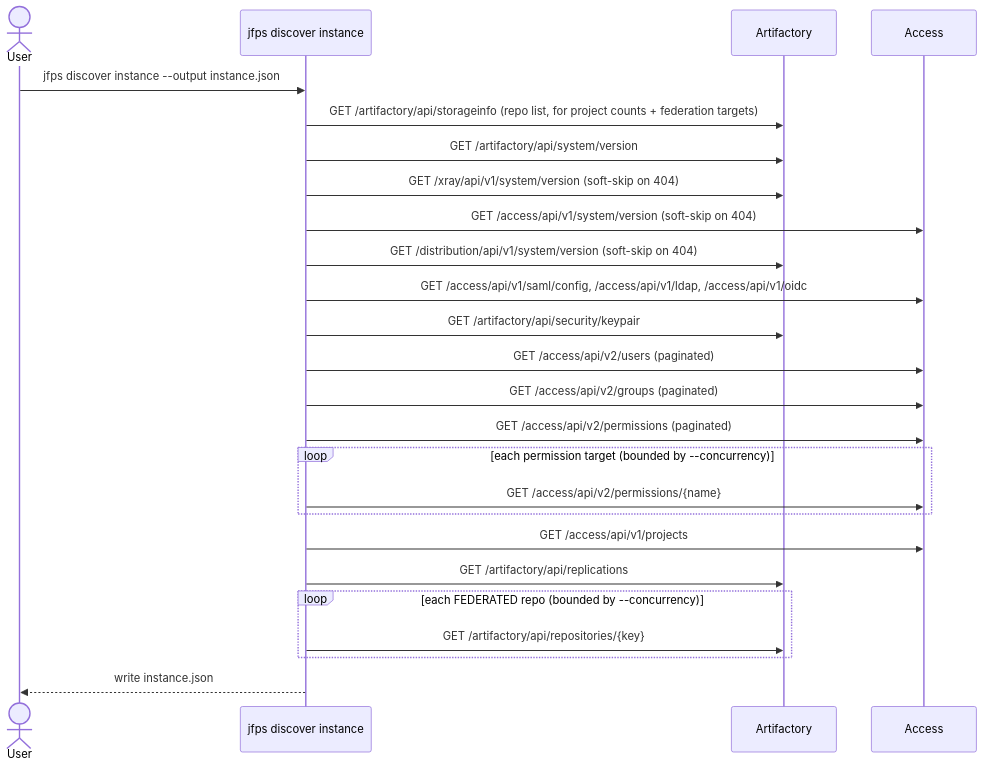
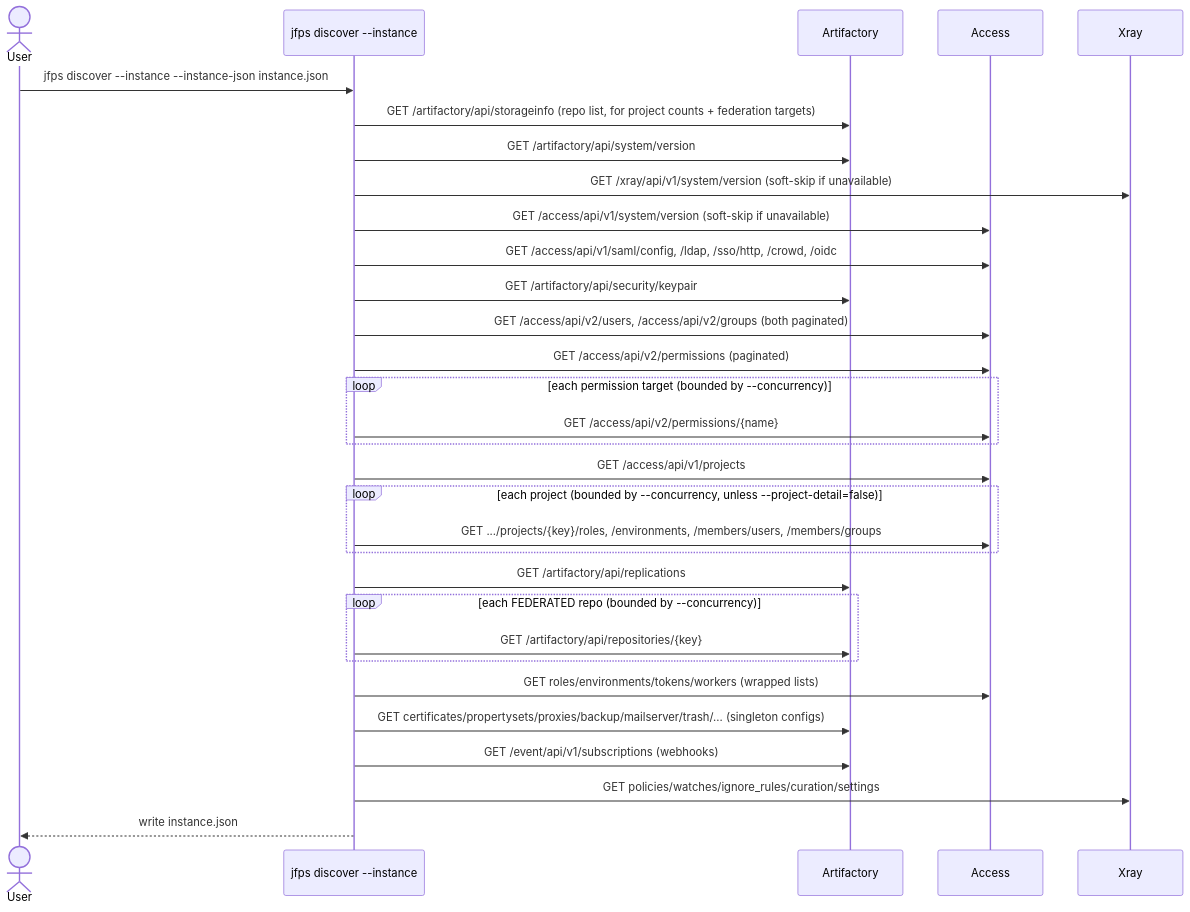
One commit to ps-jfrog/jfrog-ps-cli changed the third of 4 diagrams in docs/discover.md. Above: the diagram before and after it, drawn with Mermaid. The commit also changed other lines of this file and 28 other files, not shown here.

````diff
--- a/docs/discover.md
+++ b/docs/discover.md
@@ -127,28 +166,34 @@
 ```mermaid
 sequenceDiagram
     actor User
-    participant CLI as jfps discover instance
+    participant CLI as jfps discover --instance
     participant Art as Artifactory
     participant Acc as Access
+    participant Xr as Xray
 
-    User->>CLI: jfps discover instance --output instance.json
+    User->>CLI: jfps discover --instance --instance-json instance.json
     CLI->>Art: GET /artifactory/api/storageinfo (repo list, for project counts + federation targets)
     CLI->>Art: GET /artifactory/api/system/version
-    CLI->>Art: GET /xray/api/v1/system/version (soft-skip on 404)
-    CLI->>Acc: GET /access/api/v1/system/version (soft-skip on 404)
-    CLI->>Art: GET /distribution/api/v1/system/version (soft-skip on 404)
-    CLI->>Acc: GET /access/api/v1/saml/config, /access/api/v1/ldap, /access/api/v1/oidc
+    CLI->>Xr: GET /xray/api/v1/system/version (soft-skip if unavailable)
+    CLI->>Acc: GET /access/api/v1/system/version (soft-skip if unavailable)
+    CLI->>Acc: GET /access/api/v1/saml/config, /ldap, /sso/http, /crowd, /oidc
     CLI->>Art: GET /artifactory/api/security/keypair
-    CLI->>Acc: GET /access/api/v2/users (paginated)
-    CLI->>Acc: GET /access/api/v2/groups (paginated)
+    CLI->>Acc: GET /access/api/v2/users, /access/api/v2/groups (both paginated)
     CLI->>Acc: GET /access/api/v2/permissions (paginated)
     loop each permission target (bounded by --concurrency)
         CLI->>Acc: GET /access/api/v2/permissions/{name}
     end
     CLI->>Acc: GET /access/api/v1/projects
+    loop each project (bounded by --concurrency, unless --project-detail=false)
+        CLI->>Acc: GET .../projects/{key}/roles, /environments, /members/users, /members/groups
+    end
     CLI->>Art: GET /artifactory/api/replications
     loop each FEDERATED repo (bounded by --concurrency)
         CLI->>Art: GET /artifactory/api/repositories/{key}
     end
+    CLI->>Acc: GET roles/environments/tokens/workers (wrapped lists)
+    CLI->>Art: GET certificates/propertysets/proxies/backup/mailserver/trash/... (singleton configs)
+    CLI->>Art: GET /event/api/v1/subscriptions (webhooks)
+    CLI->>Xr: GET policies/watches/ignore_rules/curation/settings
     CLI-->>User: write instance.json
 ```
````
